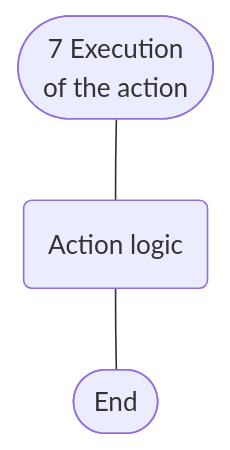
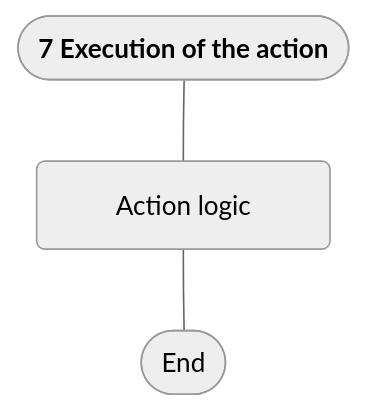
The fifth of 5 diagrams in readme.md (savushkin-r-d/ptusa_main), drawn with Mermaid before and after one commit. The commit also changed other lines of this file and 1 other file, not shown here.

````diff
--- a/readme.md
+++ b/readme.md
@@ -79,8 +83,8 @@
 ``` mermaid
+%%{ init: {'theme': 'neutral'} }%%
 
 flowchart TD
-
-    A([7 Execution <br/> of the action]) --- B(Action logic)
+    A([<b>7 Execution of the action</b>]) --- B(<p style='width:150px'>Action logic)
     B --- E([End])
 
 ```
````
